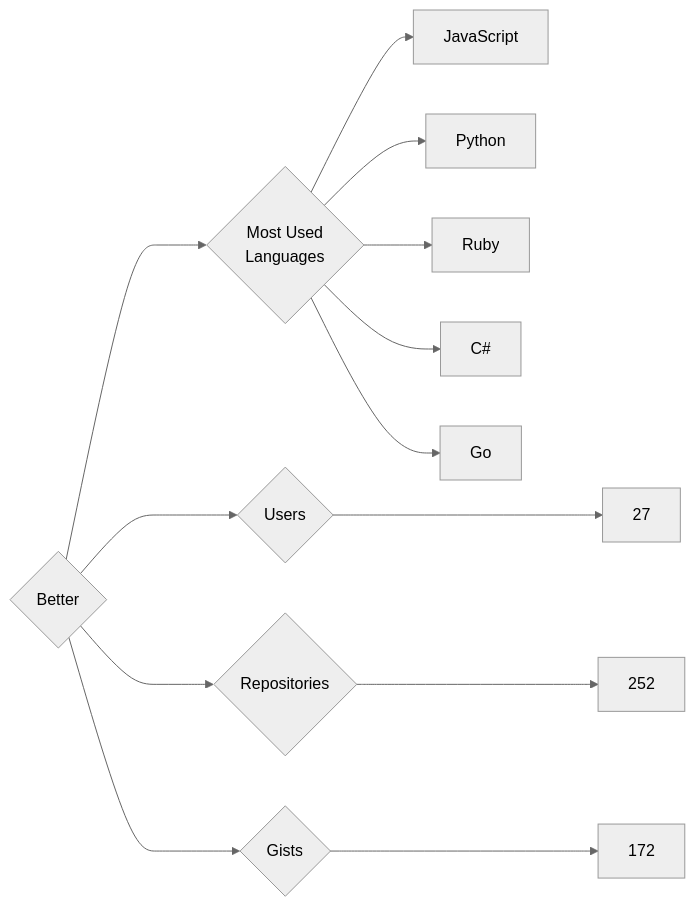
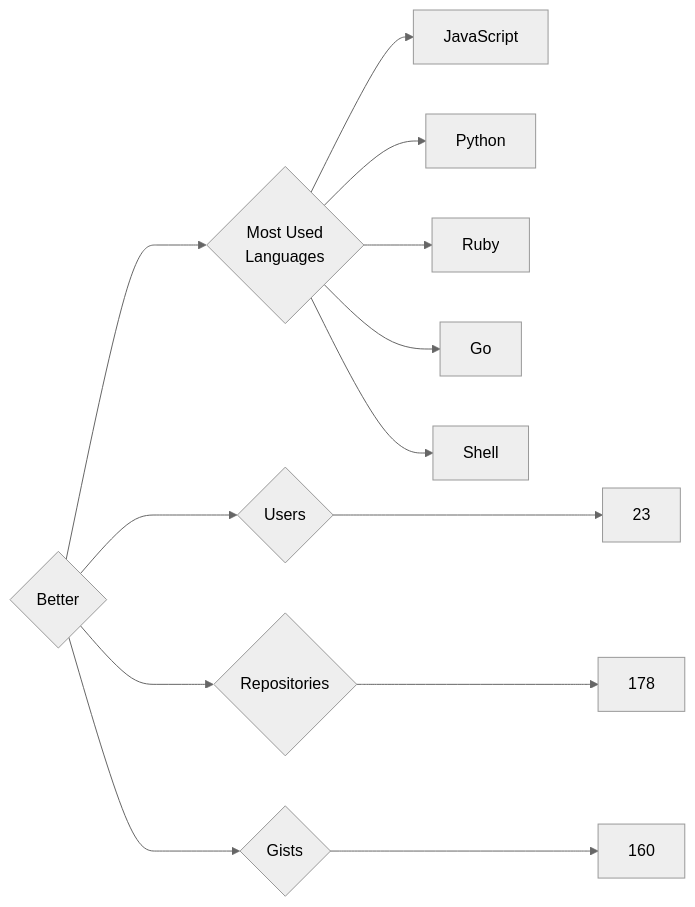
One commit to trickest/insiders changed the diagram in targets/Better/README.md. Above: the diagram before and after it, drawn with Mermaid (neutral theme). The commit also changed 894 other files, not shown here.

````diff
--- a/targets/Better/README.md
+++ b/targets/Better/README.md
@@ -3,13 +3,13 @@
 ```mermaid
 graph LR
 COMPANY_NAME{Better}
-COMPANY_NAME ---> U{Users} ---> UN[27]
-COMPANY_NAME ---> R{Repositories} ---> RN[252]
-COMPANY_NAME ---> G{Gists} ---> GN[172]
+COMPANY_NAME ---> U{Users} ---> UN[23]
+COMPANY_NAME ---> R{Repositories} ---> RN[178]
+COMPANY_NAME ---> G{Gists} ---> GN[160]
 COMPANY_NAME ---> ML{Most Used<br>Languages}
 ML --> JavaScript[JavaScript]
 ML --> Python[Python]
 ML --> Ruby[Ruby]
-ML --> C#[C#]
 ML --> Go[Go]
+ML --> Shell[Shell]
 ```
````
